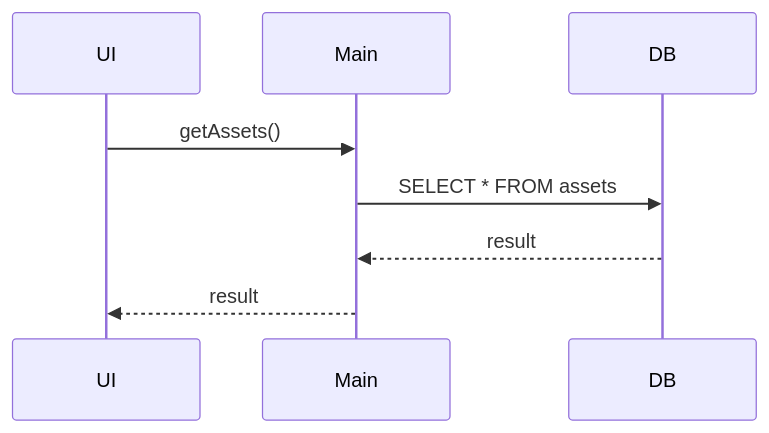
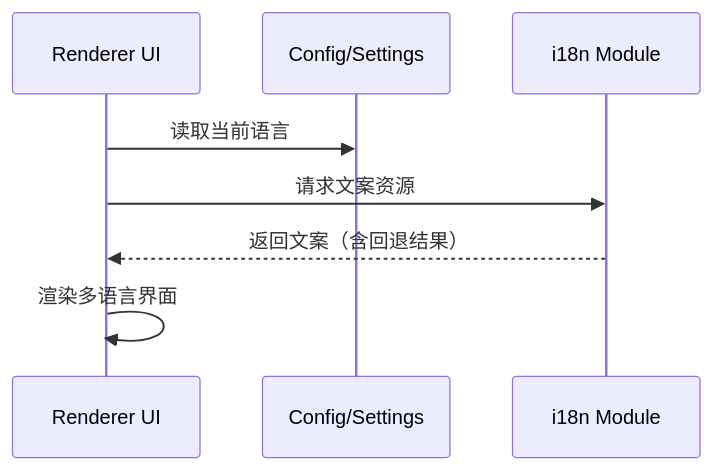
The third of 3 diagrams in docs/02.HLD.md (tonydyb/assets_app), drawn with Mermaid before and after one commit. The commit also changed other lines of this file and 10 other files, not shown here.

````diff
--- a/docs/02.HLD.md
+++ b/docs/02.HLD.md
@@ -255,12 +127,11 @@
 ```mermaid
 sequenceDiagram
+  participant UI as Renderer UI
+  participant CFG as Config/Settings
+  participant I18N as i18n Module
 
-participant UI
-participant Main
-participant DB
-
-UI->>Main: getAssets()
-Main->>DB: SELECT * FROM assets
-DB-->>Main: result
-Main-->>UI: result
+  UI->>CFG: 读取当前语言
+  UI->>I18N: 请求文案资源
+  I18N-->>UI: 返回文案（含回退结果）
+  UI->>UI: 渲染多语言界面
 ```
````
